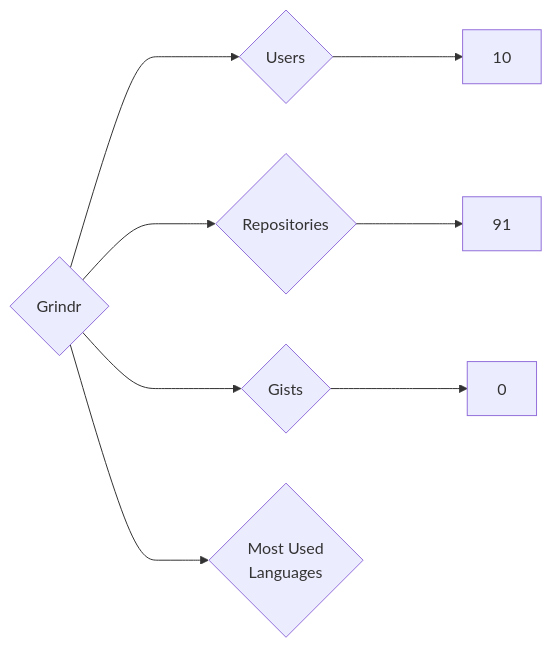
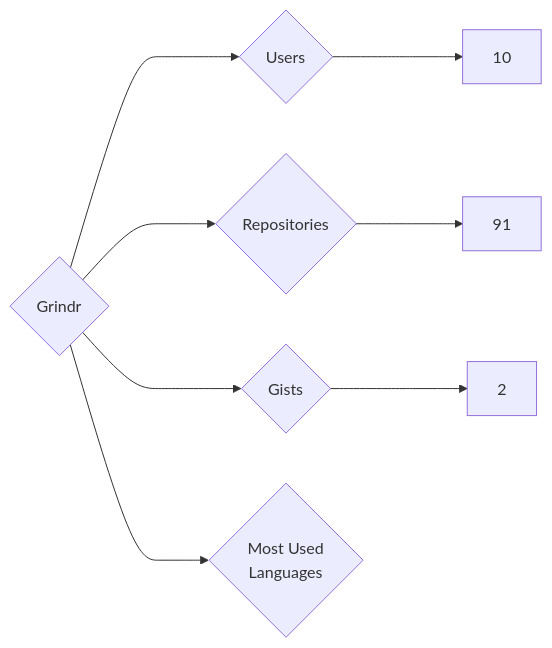
One commit to nenadzaric/insiders changed the diagram in targets/Grindr/README.md. Above: the diagram before and after it, drawn with Mermaid. The commit also changed 1342 other files, not shown here.

````diff
--- a/targets/Grindr/README.md
+++ b/targets/Grindr/README.md
@@ -3,8 +3,8 @@
 ```mermaid
 graph LR
 COMPANY_NAME{Grindr}
 COMPANY_NAME ---> U{Users} ---> UN[10]
 COMPANY_NAME ---> R{Repositories} ---> RN[91]
-COMPANY_NAME ---> G{Gists} ---> GN[0]
+COMPANY_NAME ---> G{Gists} ---> GN[2]
 COMPANY_NAME ---> ML{Most Used<br>Languages}
 ```
````
